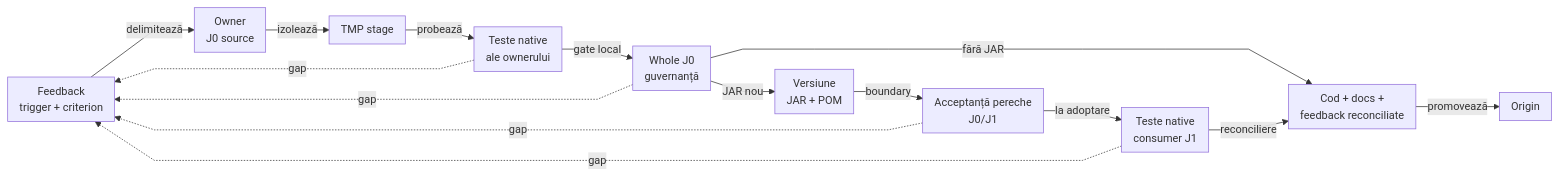
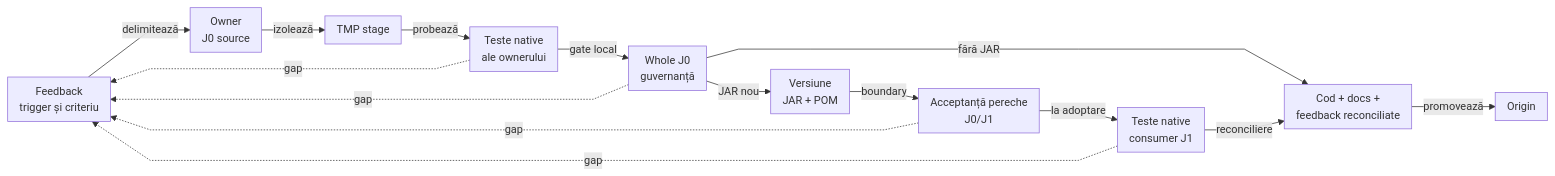
The second of 3 diagrams in docs/ATF_Workspace_Synchronization.md (crististefanita/atf_j0), drawn with Mermaid before and after one commit. The commit also changed other lines of this file and 113 other files, not shown here.

````diff
--- a/docs/ATF_Workspace_Synchronization.md
+++ b/docs/ATF_Workspace_Synchronization.md
@@ -88,18 +98,18 @@
 ```mermaid
 %%{init: {"themeVariables":{"fontSize":"15px"},"themeCSS":".nodeLabel, .nodeLabel p { font-size: 15px !important; line-height: 1.35 !important; } .edgeLabel, .edgeLabel p { font-size: 12px !important; font-weight: 400 !important; line-height: 1.2 !important; } .edgeLabel .labelBkg, .edgeLabel p { background: transparent !important; } .edgeLabel foreignObject { transform: translateY(-18px); overflow: visible; } .node rect { rx: 6px; ry: 6px; }","flowchart":{"curve":"linear","nodeSpacing":24,"rankSpacing":32,"padding":8,"diagramPadding":16}}}%%
 flowchart LR
-    Feedback["Feedback<br/>trigger + criterion"] -->|delimitează| Owner["Owner<br/>J0 source"]
+    Feedback["Feedback<br/>trigger și criteriu"] -->|delimitează| Owner["Owner<br/>J0 source"]
     Owner -->|izolează| Stage["TMP stage"]
     Stage -->|probează| OwnerTests["Teste native<br/>ale ownerului"]
     OwnerTests -->|gate local| Gate["Whole J0<br/>guvernanță"]
     Gate -->|fără JAR| Reconcile["Cod + docs +<br/>feedback reconciliate"]
     Gate -->|JAR nou| Package["Versiune<br/>JAR + POM"]
     Package -->|boundary| Pair["Acceptanță pereche<br/>J0/J1"]
     Pair -->|la adoptare| J1["Teste native<br/>consumer J1"]
     J1 -->|reconciliere| Reconcile
     Reconcile -->|promovează| Origin["Origin"]
     OwnerTests -.->|gap| Feedback
     Gate -.->|gap| Feedback
     Pair -.->|gap| Feedback
     J1 -.->|gap| Feedback
 ```
````
